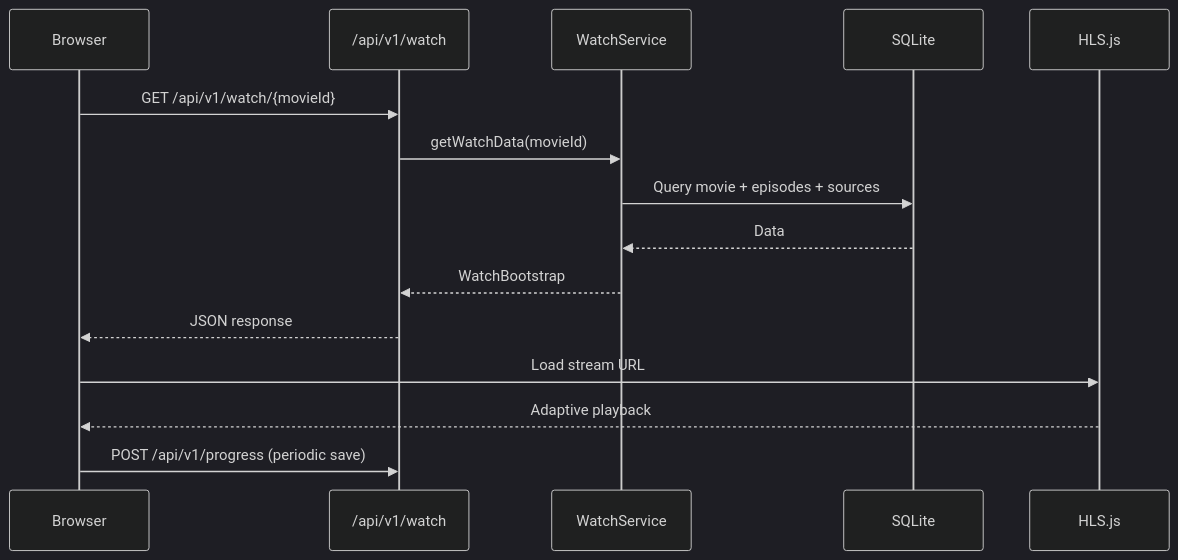
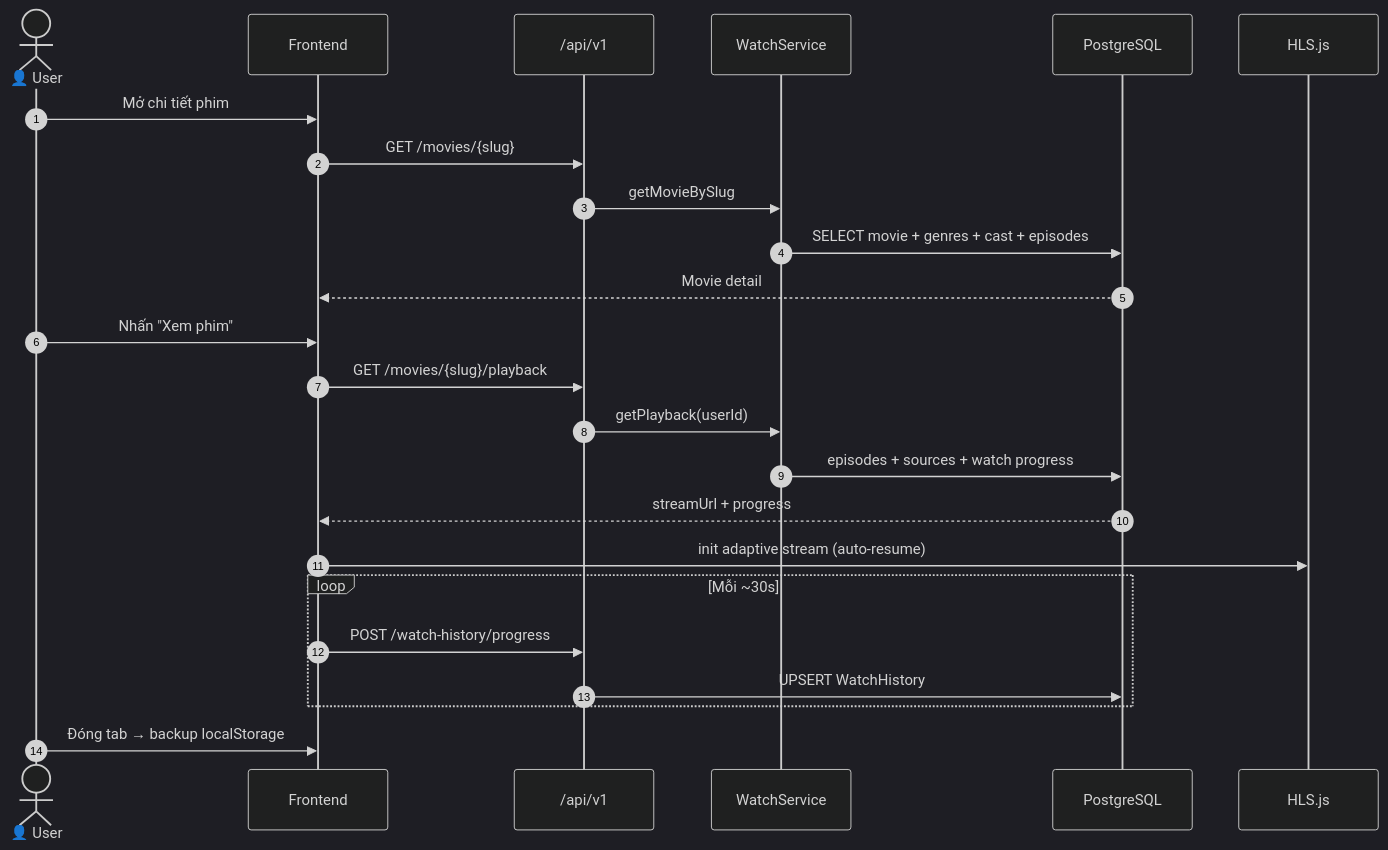
One commit to Terence-0310/TERENCE changed the fifth of 10 diagrams in README.md. Above: the diagram before and after it, drawn with Mermaid (dark theme). The commit also changed other lines of this file and 134 other files, not shown here.

````diff
--- a/README.md
+++ b/README.md
@@ -381,18 +681,27 @@
 ```mermaid
 sequenceDiagram
-    participant B as Browser
-    participant API as /api/v1/watch
+    autonumber
+    actor U as 👤 User
+    participant FE as Frontend
+    participant API as /api/v1
     participant SV as WatchService
-    participant DB as SQLite
+    participant DB as PostgreSQL
     participant HLS as HLS.js
 
-    B->>API: GET /api/v1/watch/{movieId}
-    API->>SV: getWatchData(movieId)
-    SV->>DB: Query movie + episodes + sources
-    DB-->>SV: Data
-    SV-->>API: WatchBootstrap
-    API-->>B: JSON response
-    B->>HLS: Load stream URL
-    HLS-->>B: Adaptive playback
-    B->>API: POST /api/v1/progress (periodic save)
+    U->>FE: Mở chi tiết phim
+    FE->>API: GET /movies/{slug}
+    API->>SV: getMovieBySlug
+    SV->>DB: SELECT movie + genres + cast + episodes
+    DB-->>FE: Movie detail
+    U->>FE: Nhấn "Xem phim"
+    FE->>API: GET /movies/{slug}/playback
+    API->>SV: getPlayback(userId)
+    SV->>DB: episodes + sources + watch progress
+    DB-->>FE: streamUrl + progress
+    FE->>HLS: init adaptive stream (auto-resume)
+    loop Mỗi ~30s
+        FE->>API: POST /watch-history/progress
+        API->>DB: UPSERT WatchHistory
+    end
+    U->>FE: Đóng tab → backup localStorage
 ```
````
